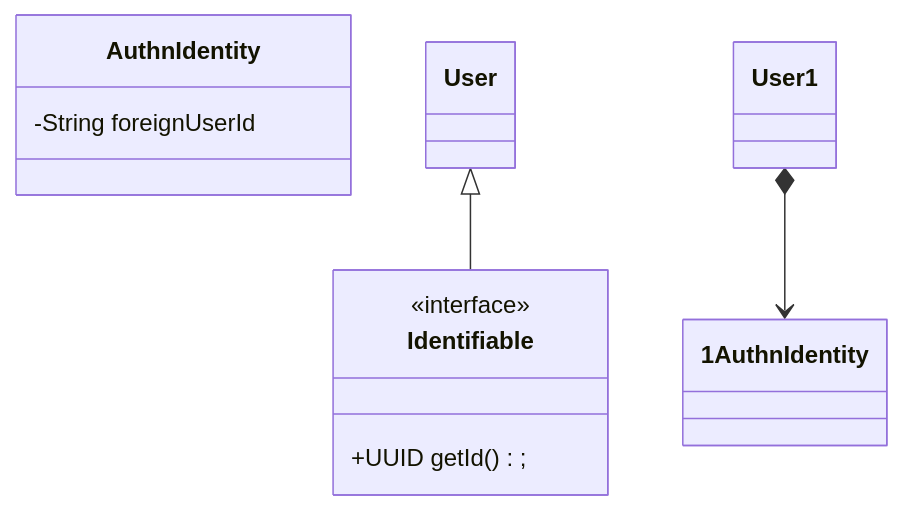
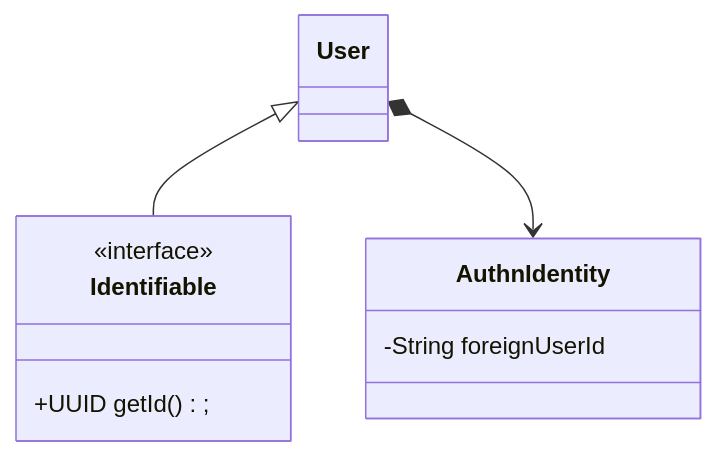
The diagram in README.md (xenoterracide/iw-pm-backend), drawn with Mermaid before and after one commit.

Commit message:
remove the 1's

````diff
--- a/README.md
+++ b/README.md
@@ -18,17 +18,17 @@
 ```mermaid
 classDiagram
     class Identifiable {
         <<interface>>
         +UUID getId();
     }
 
     class AuthnIdentity {
         -String foreignUserId
     }
 
     class User {
     }
 
     User <|-- Identifiable
-    User 1*-->1 AuthnIdentity
+    User *--> AuthnIdentity
 ```
````
